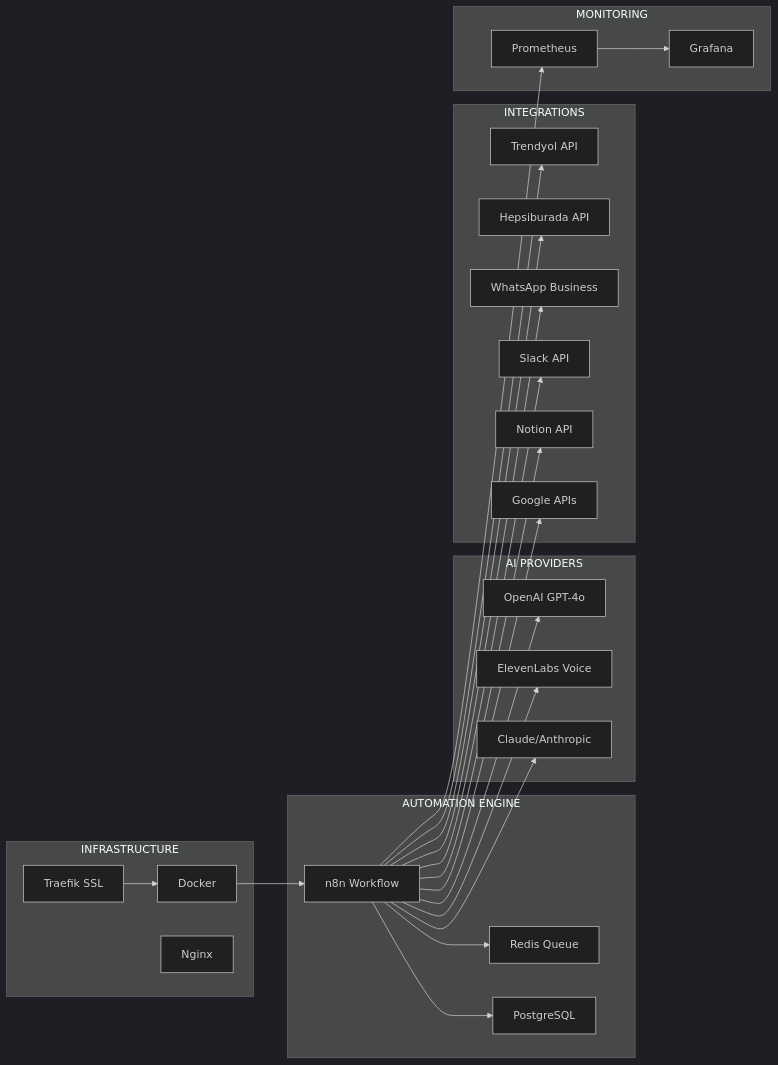
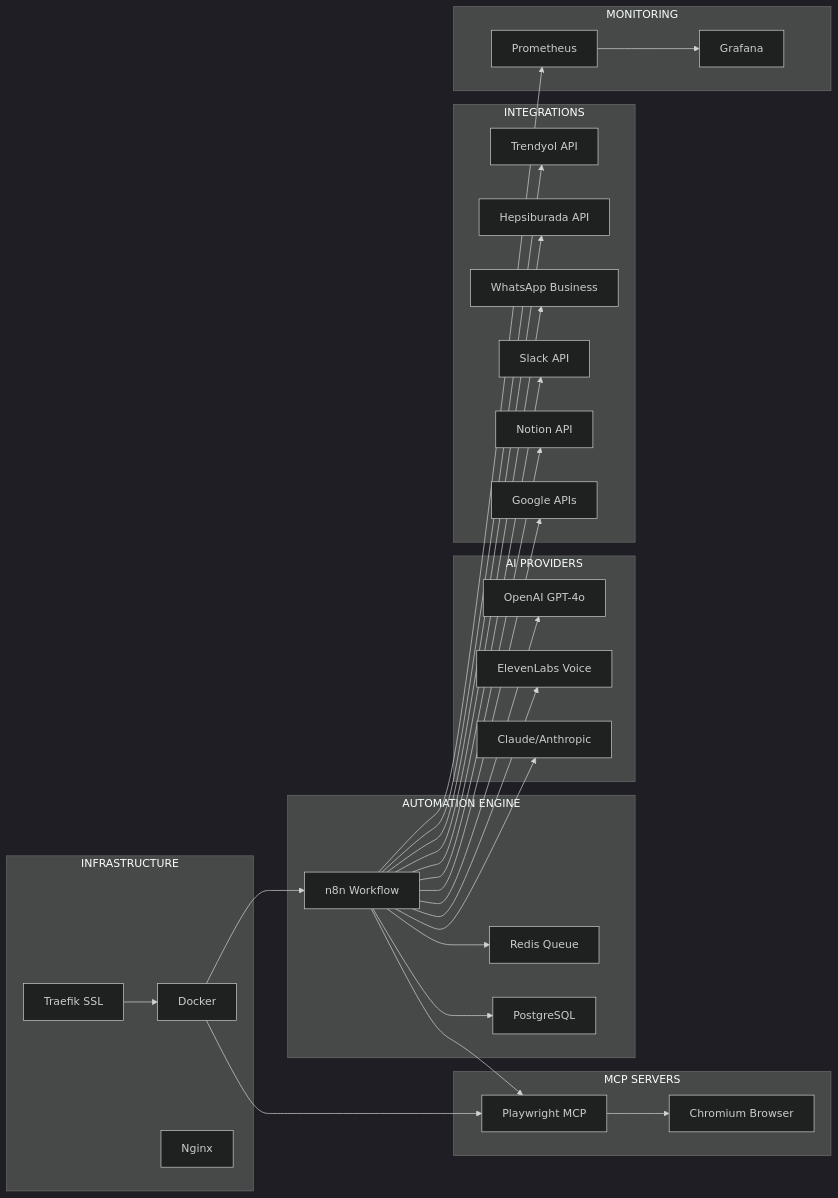
Diagram 15 of 15 in docs/ARCHITECTURE_DIAGRAMS.md (No3214/saas), drawn with Mermaid (dark theme) before and after one commit. The commit also changed other lines of this file and 3 other files, not shown here.

First line of the commit message:
feat(docker): Complete Playwright MCP Docker integration

````diff
--- a/docs/ARCHITECTURE_DIAGRAMS.md
+++ b/docs/ARCHITECTURE_DIAGRAMS.md
@@ -555,53 +639,61 @@
 ```mermaid
 flowchart LR
     subgraph Infra["INFRASTRUCTURE"]
         DOCKER[Docker]
         TRAEFIK[Traefik SSL]
         NGINX[Nginx]
     end
 
     subgraph Engine["AUTOMATION ENGINE"]
         N8N[n8n Workflow]
         REDIS[Redis Queue]
         PG[PostgreSQL]
+    end
+
+    subgraph MCP["MCP SERVERS"]
+        PLAYWRIGHT[Playwright MCP]
+        CHROMIUM[Chromium Browser]
     end
 
     subgraph AI["AI PROVIDERS"]
         OPENAI[OpenAI GPT-4o]
         ELEVEN[ElevenLabs Voice]
         CLAUDE[Claude/Anthropic]
     end
 
     subgraph Integrations["INTEGRATIONS"]
         TRENDYOL[Trendyol API]
         HEPSI[Hepsiburada API]
         WHATSAPP[WhatsApp Business]
         SLACK[Slack API]
         NOTION[Notion API]
         GOOGLE[Google APIs]
     end
 
     subgraph Monitoring["MONITORING"]
         GRAFANA[Grafana]
         PROMETHEUS[Prometheus]
     end
 
     DOCKER --> N8N
+    DOCKER --> PLAYWRIGHT
     TRAEFIK --> DOCKER
     N8N --> REDIS
     N8N --> PG
+    N8N --> PLAYWRIGHT
+    PLAYWRIGHT --> CHROMIUM
 
     N8N --> OPENAI
     N8N --> ELEVEN
     N8N --> CLAUDE
 
     N8N --> TRENDYOL
     N8N --> HEPSI
     N8N --> WHATSAPP
     N8N --> SLACK
     N8N --> NOTION
     N8N --> GOOGLE
 
     PROMETHEUS --> GRAFANA
     N8N --> PROMETHEUS
 ```
````
